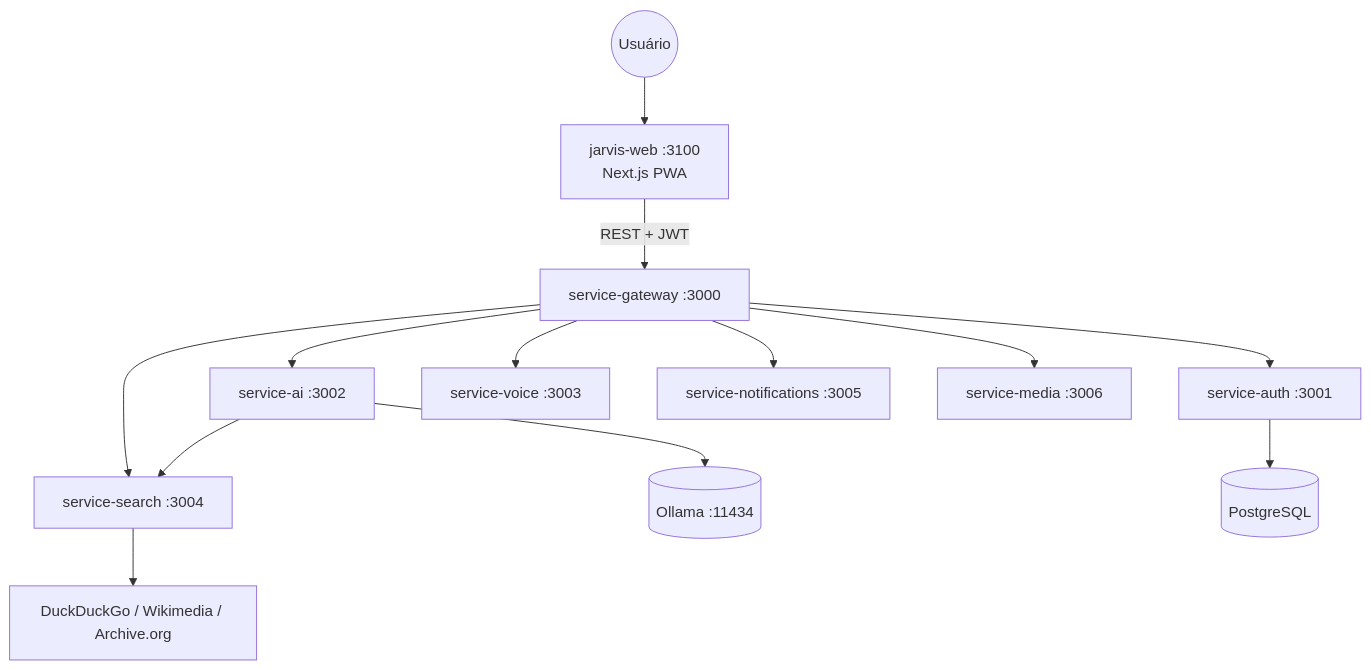
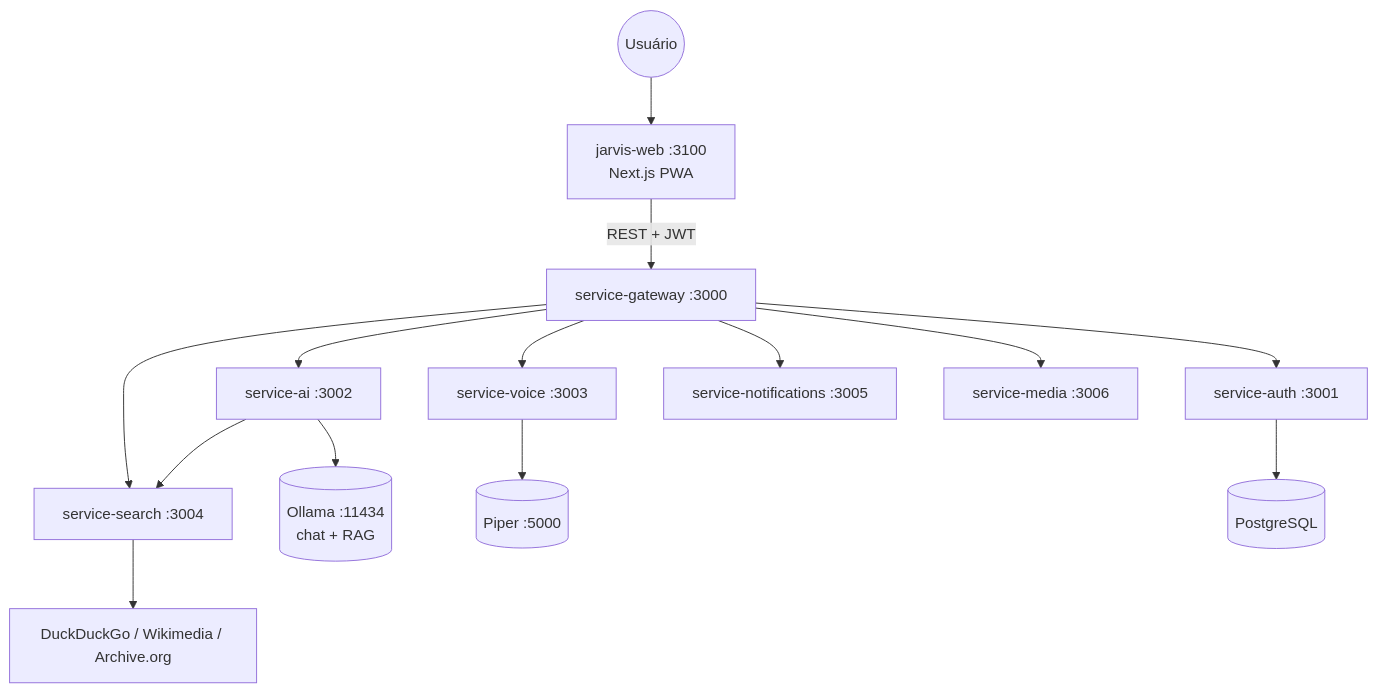
One commit to FranciscoStanley/MyJarvis changed the diagram in README.md. Above: the diagram before and after it, drawn with Mermaid. The commit also changed other lines of this file and 9 other files, not shown here.

First line of the commit message:
docs: alinha arquitetura com RAG, Piper e pacotes

````diff
--- a/README.md
+++ b/README.md
@@ -23,18 +25,19 @@
 ```mermaid
 flowchart TB
     USER((Usuário)) --> WEB[jarvis-web :3100<br/>Next.js PWA]
 
     WEB -->|REST + JWT| GW[service-gateway :3000]
 
     GW --> AUTH[service-auth :3001]
     GW --> AI[service-ai :3002]
     GW --> VOICE[service-voice :3003]
     GW --> SEARCH[service-search :3004]
     GW --> NOTIF[service-notifications :3005]
     GW --> MEDIA[service-media :3006]
 
-    AI --> OLLAMA[(Ollama :11434)]
+    AI --> OLLAMA[(Ollama :11434<br/>chat + RAG)]
     AI --> SEARCH
+    VOICE --> PIPER[(Piper :5000)]
     SEARCH --> DDG[DuckDuckGo / Wikimedia / Archive.org]
     AUTH --> PG[(PostgreSQL)]
 ```
````
